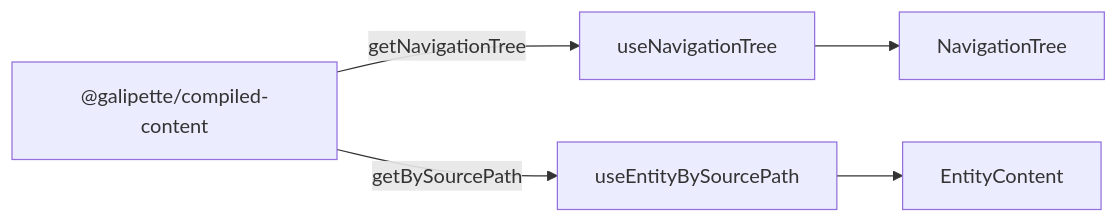
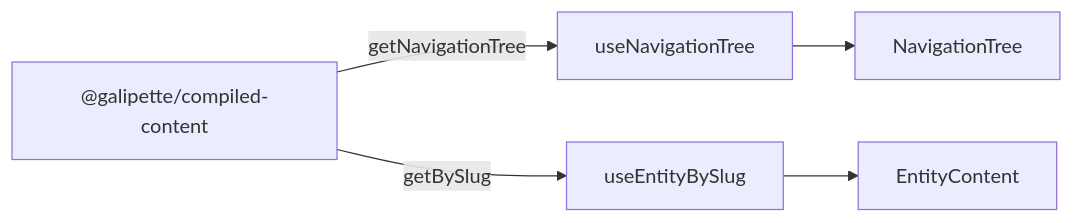
One commit to QuentinLemasson/galipette-app changed the diagram in apps/web/README.md. Above: the diagram before and after it, drawn with Mermaid. The commit also changed other lines of this file and 26 other files, not shown here.

````diff
--- a/apps/web/README.md
+++ b/apps/web/README.md
@@ -57,10 +61,10 @@
 ```mermaid
 flowchart LR
   CC["@galipette/compiled-content"]
   H1["useNavigationTree"]
-  H2["useEntityBySourcePath"]
+  H2["useEntityBySlug"]
   NT["NavigationTree"]
   EC["EntityContent"]
   CC -->|getNavigationTree| H1 --> NT
-  CC -->|getBySourcePath| H2 --> EC
+  CC -->|getBySlug| H2 --> EC
 ```
````
